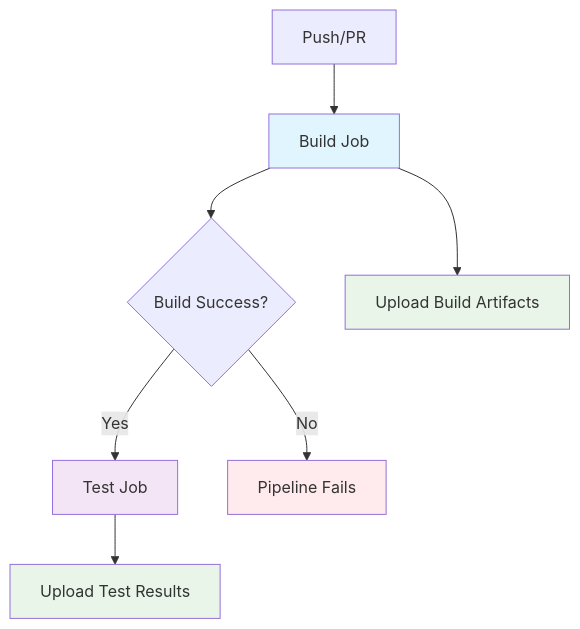
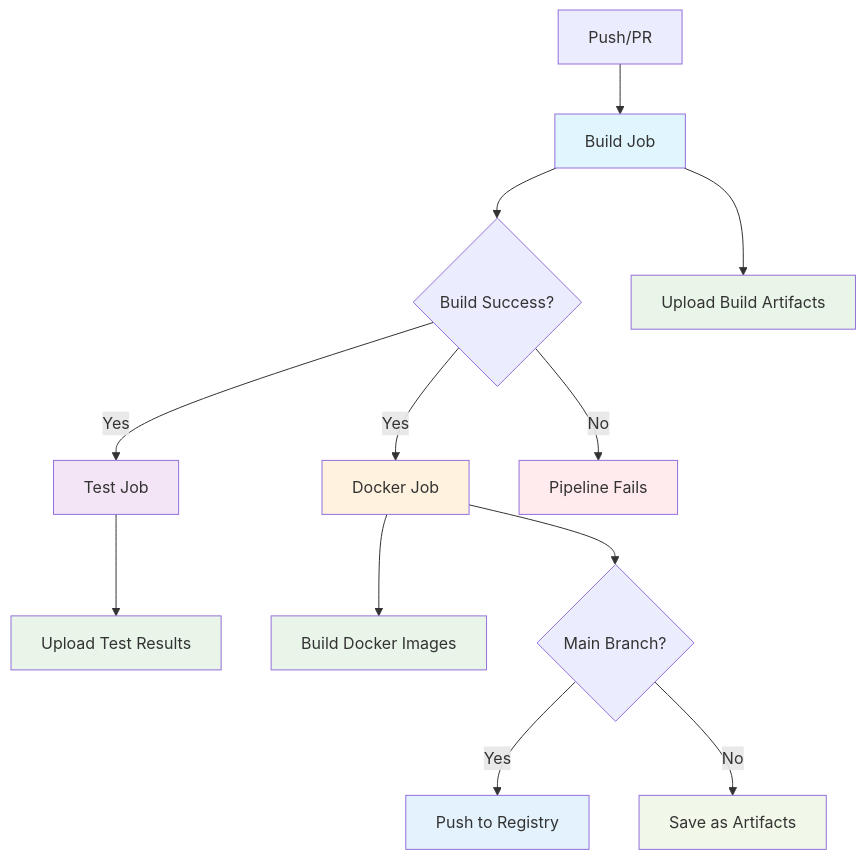
One commit to whale-net/everything changed the diagram in README.md. Above: the diagram before and after it, drawn with Mermaid. The commit also changed other lines of this file and 9 other files, not shown here.

````diff
--- a/README.md
+++ b/README.md
@@ -102,15 +102,24 @@
 ```mermaid
 graph TD
     A[Push/PR] --> B[Build Job]
     B --> C{Build Success?}
     C -->|Yes| D[Test Job]
-    C -->|No| E[Pipeline Fails]
-    D --> F[Upload Test Results]
-    B --> G[Upload Build Artifacts]
+    C -->|Yes| E[Docker Job]
+    C -->|No| F[Pipeline Fails]
+    D --> G[Upload Test Results]
+    E --> H[Build Docker Images]
+    B --> I[Upload Build Artifacts]
+    E --> J{Main Branch?}
+    J -->|Yes| K[Push to Registry]
+    J -->|No| L[Save as Artifacts]
     
     style B fill:#e1f5fe
     style D fill:#f3e5f5
-    style E fill:#ffebee
-    style F fill:#e8f5e8
+    style E fill:#fff3e0
+    style F fill:#ffebee
     style G fill:#e8f5e8
+    style H fill:#e8f5e8
+    style I fill:#e8f5e8
+    style K fill:#e3f2fd
+    style L fill:#f1f8e9
 ```
````
